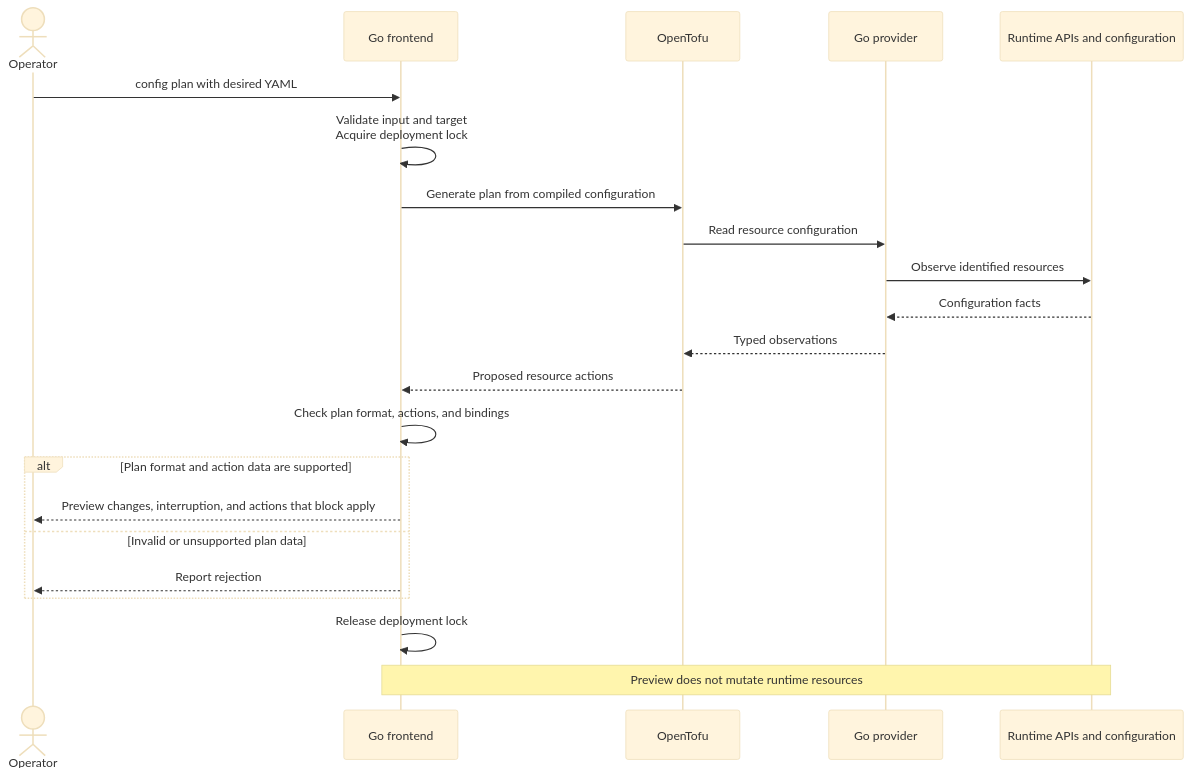
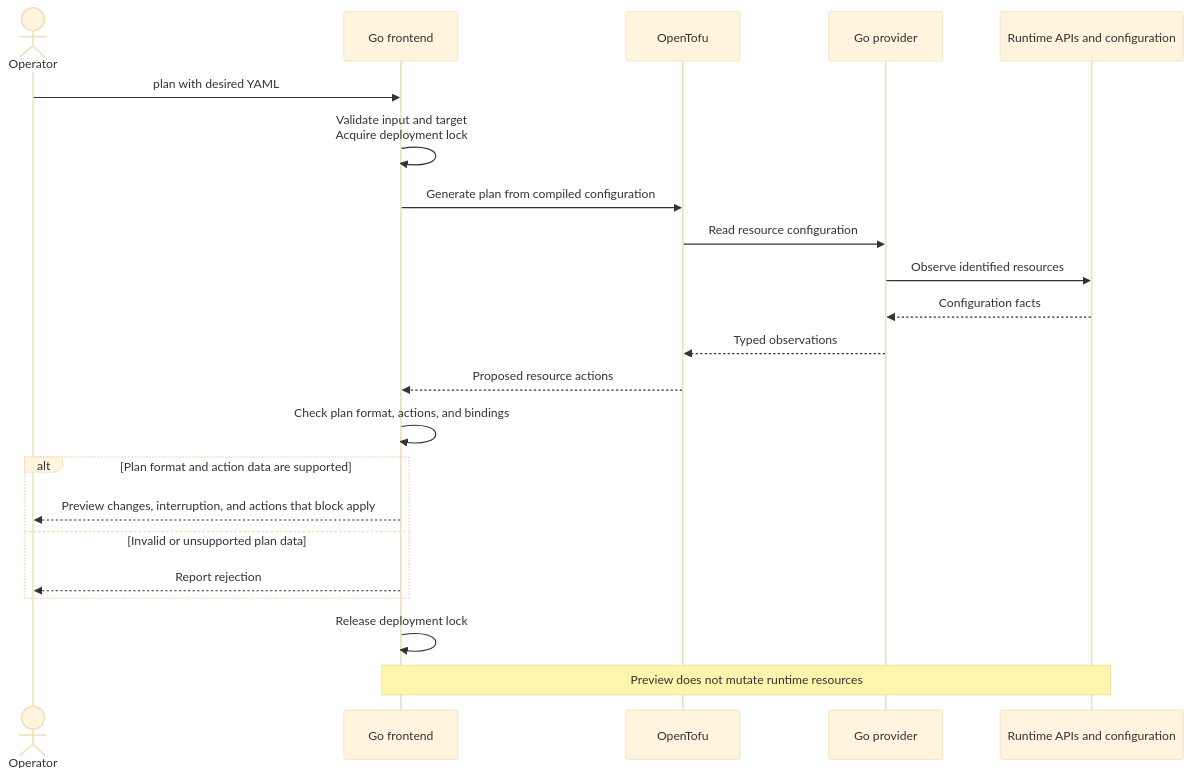
Before and after one commit to NVIDIA/NemoClaw: the first of 3 diagrams in RFC-desired-state.md, drawn with Mermaid (base theme). The commit also changed other lines of this file and 5 other files, not shown here.

First line of the commit message:
refactor: promote desired-state commands to the CLI root

````diff
--- a/RFC-desired-state.md
+++ b/RFC-desired-state.md
@@ -149,25 +149,25 @@
 ```mermaid
 sequenceDiagram
     actor Operator
     participant CLI as Go frontend
     participant Engine as OpenTofu
     participant Provider as Go provider
     participant Runtime as Runtime APIs and configuration
 
-    Operator->>CLI: config plan with desired YAML
+    Operator->>CLI: plan with desired YAML
     CLI->>CLI: Validate input and target<br/>Acquire deployment lock
     CLI->>Engine: Generate plan from compiled configuration
     Engine->>Provider: Read resource configuration
     Provider->>Runtime: Observe identified resources
     Runtime-->>Provider: Configuration facts
     Provider-->>Engine: Typed observations
     Engine-->>CLI: Proposed resource actions
     CLI->>CLI: Check plan format, actions, and bindings
     alt Plan format and action data are supported
         CLI-->>Operator: Preview changes, interruption, and actions that block apply
     else Invalid or unsupported plan data
         CLI-->>Operator: Report rejection
     end
     CLI->>CLI: Release deployment lock
     Note over CLI,Runtime: Preview does not mutate runtime resources
 ```
````
